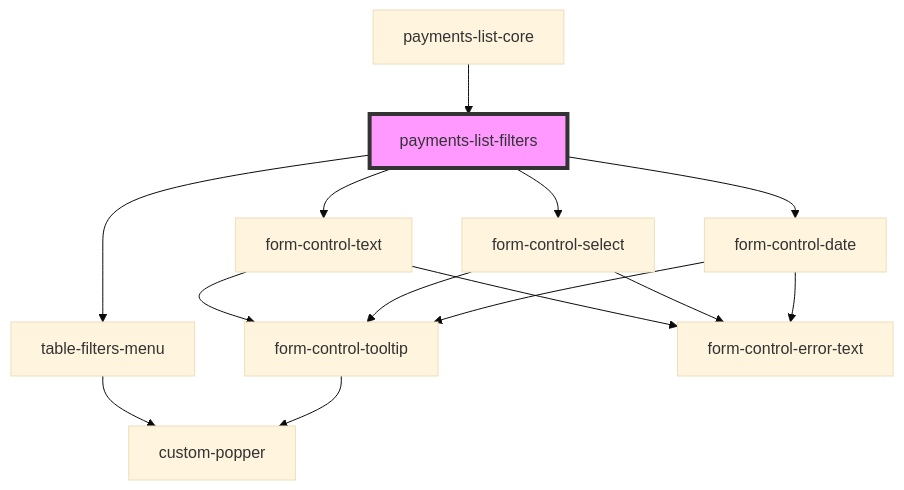
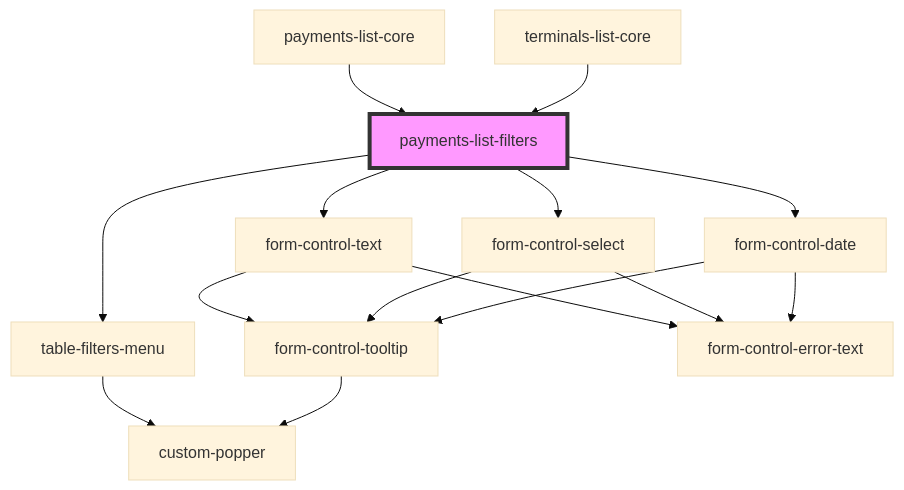
The diagram in packages/webcomponents/src/components/payments-list/readme.md (justifi-tech/web-component-library), drawn with Mermaid (base theme) before and after one commit. The commit also changed other lines of this file and 8 other files, not shown here.

````diff
--- a/packages/webcomponents/src/components/payments-list/readme.md
+++ b/packages/webcomponents/src/components/payments-list/readme.md
@@ -31,17 +32,18 @@
 ```mermaid
 graph TD;
   payments-list-filters --> table-filters-menu
   payments-list-filters --> form-control-text
   payments-list-filters --> form-control-select
   payments-list-filters --> form-control-date
   table-filters-menu --> custom-popper
   form-control-text --> form-control-tooltip
   form-control-text --> form-control-error-text
   form-control-tooltip --> custom-popper
   form-control-select --> form-control-tooltip
   form-control-select --> form-control-error-text
   form-control-date --> form-control-tooltip
   form-control-date --> form-control-error-text
   payments-list-core --> payments-list-filters
+  terminals-list-core --> payments-list-filters
   style payments-list-filters fill:#f9f,stroke:#333,stroke-width:4px
 ```
````
